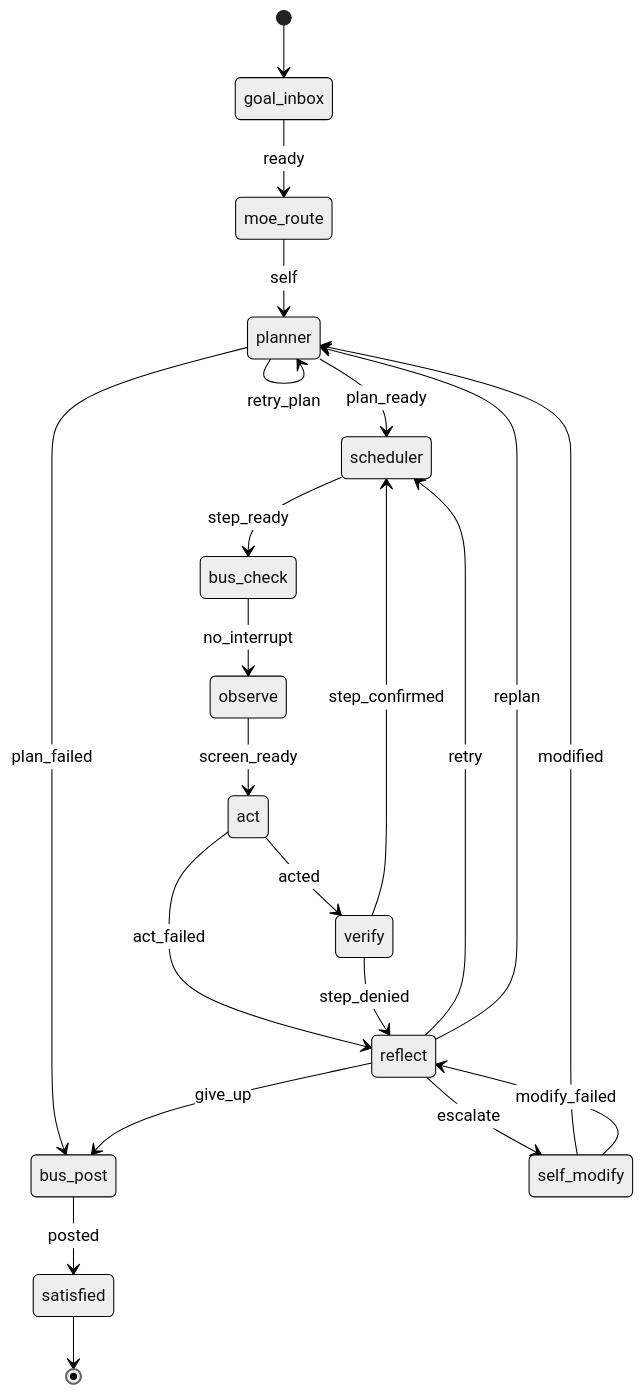
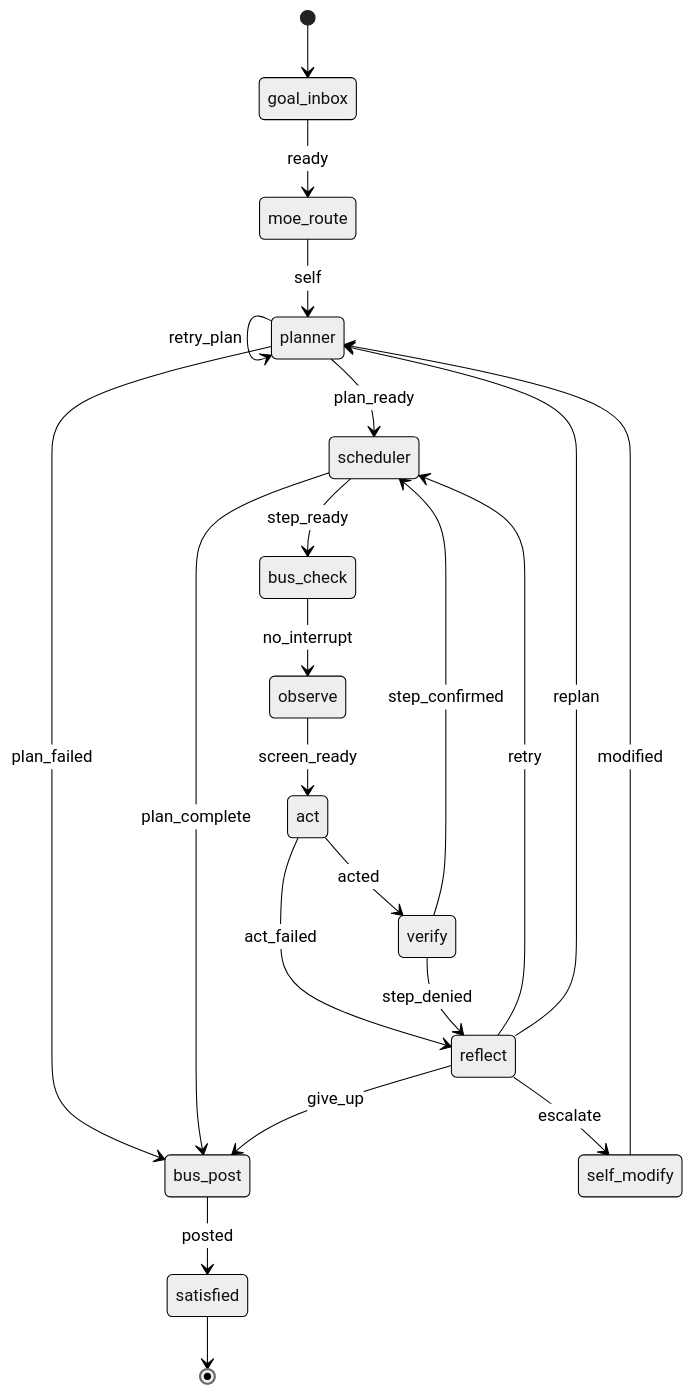
The fourth of 6 diagrams in README.md (wgabrys88/endgame-ai), drawn with Mermaid (neutral theme) before and after one commit. The commit also changed other lines of this file, not shown here.

````diff
--- a/README.md
+++ b/README.md
@@ -404,24 +164,24 @@
 ```mermaid
 stateDiagram-v2
     [*] --> goal_inbox
     goal_inbox --> moe_route: ready
     moe_route --> planner: self
     planner --> scheduler: plan_ready
     planner --> planner: retry_plan
     planner --> bus_post: plan_failed
     scheduler --> bus_check: step_ready
+    scheduler --> bus_post: plan_complete
     bus_check --> observe: no_interrupt
     observe --> act: screen_ready
     act --> verify: acted
     act --> reflect: act_failed
     verify --> scheduler: step_confirmed
     verify --> reflect: step_denied
     reflect --> scheduler: retry
     reflect --> planner: replan
     reflect --> self_modify: escalate
     reflect --> bus_post: give_up
     self_modify --> planner: modified
-    self_modify --> reflect: modify_failed
     bus_post --> satisfied: posted
     satisfied --> [*]
 ```
````
